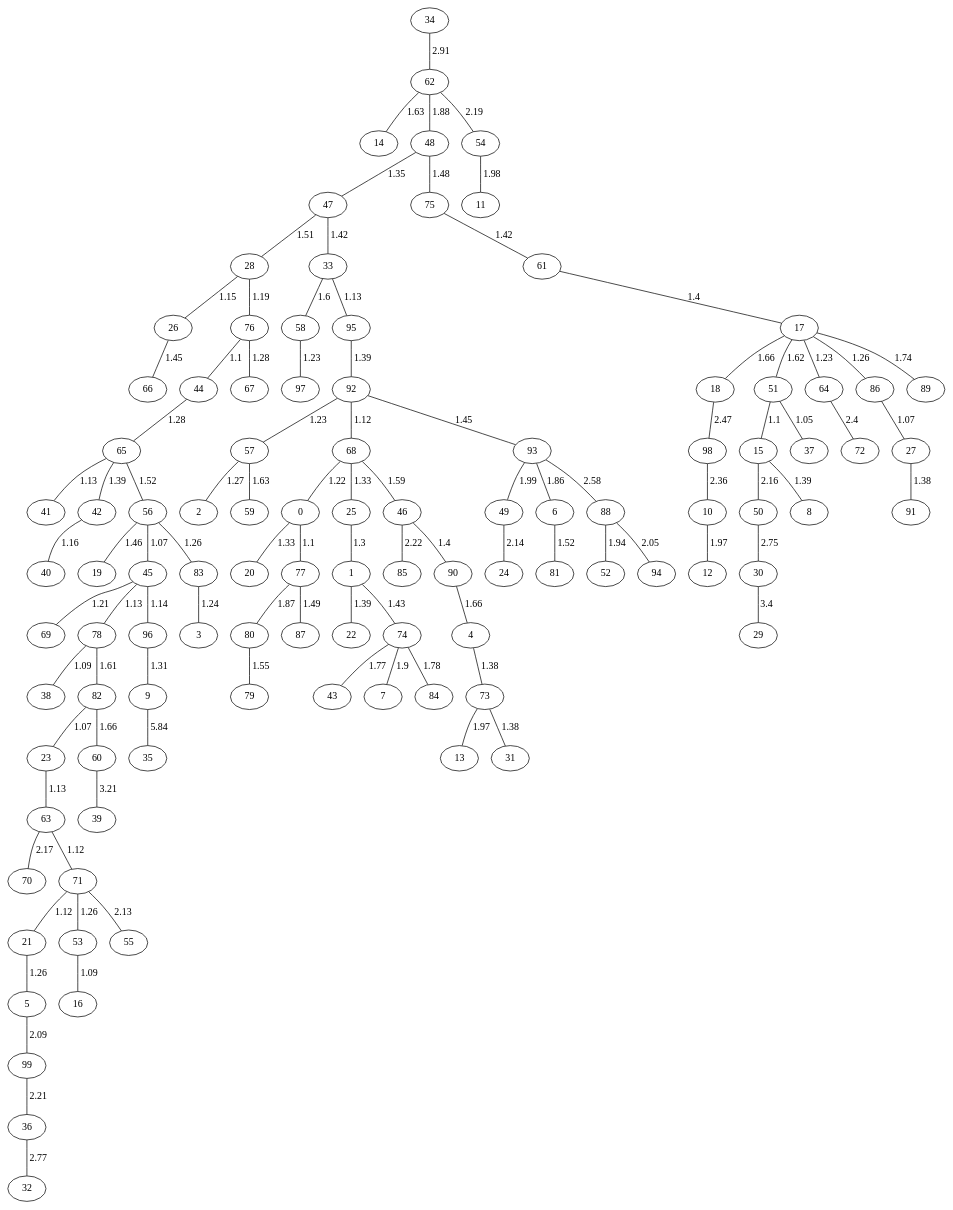
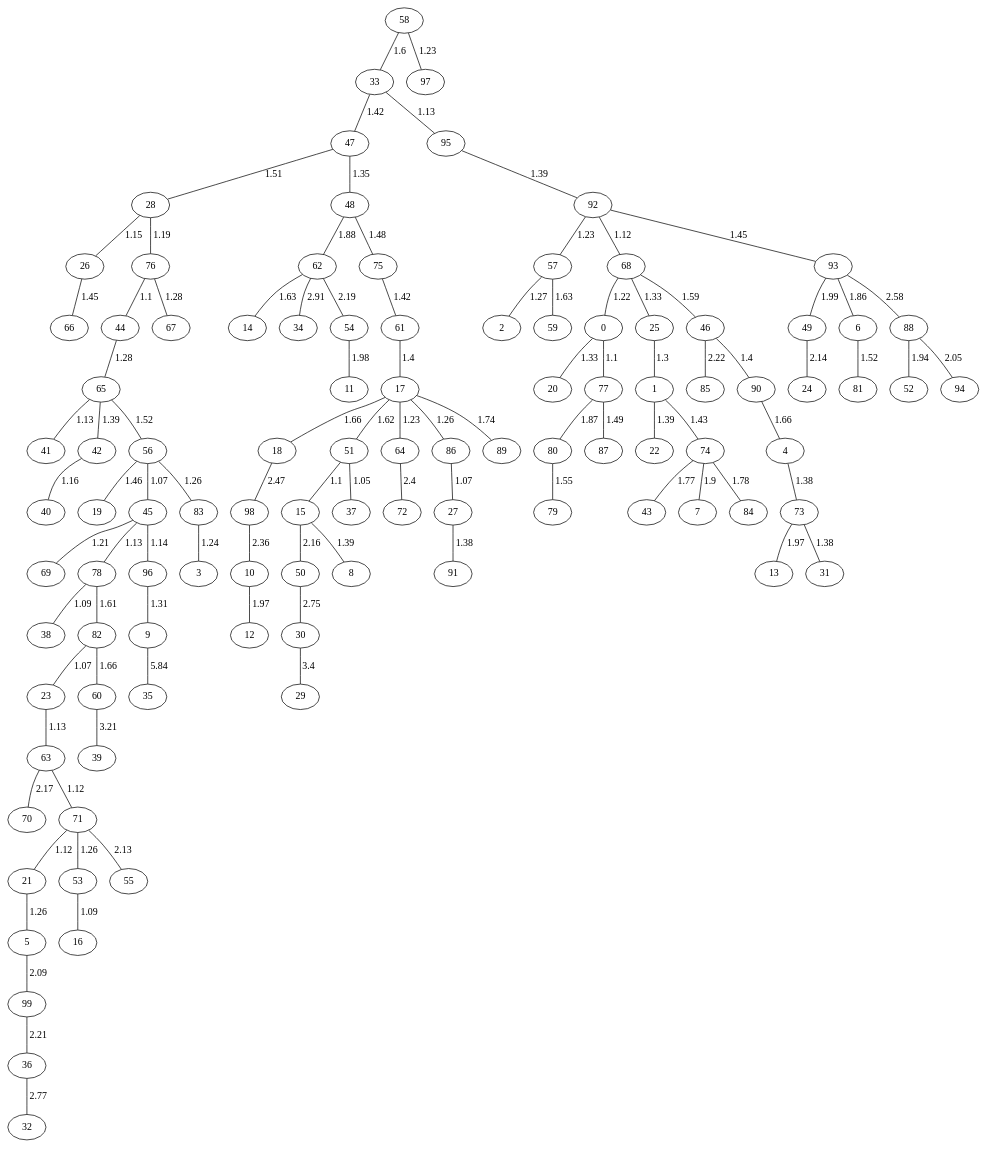
Before and after one commit to amorac4/DAA24: the diagram in Proyecto 4/Grafos MST/grafo_Geográfico_100_no dirigido_prim.gv, drawn with Graphviz. The commit also changed 62 other files, not shown here.

```diff
--- a/Proyecto 4/Grafos MST/grafo_Geográfico_100_no dirigido_prim.gv
+++ b/Proyecto 4/Grafos MST/grafo_Geográfico_100_no dirigido_prim.gv
@@ -99,11 +99,8 @@
   "97";
   "98";
   "99";
-  "34" -- "62" [label="2.91"];
-  "62" -- "14" [label="1.63"];
-  "62" -- "48" [label="1.88"];
-  "48" -- "47" [label="1.35"];
-  "47" -- "33" [label="1.42"];
+  "58" -- "97" [label="1.23"];
+  "58" -- "33" [label="1.6"];
   "33" -- "95" [label="1.13"];
   "95" -- "92" [label="1.39"];
   "92" -- "68" [label="1.12"];
@@ -115,6 +112,8 @@
   "68" -- "25" [label="1.33"];
   "25" -- "1" [label="1.3"];
   "1" -- "22" [label="1.39"];
+  "33" -- "47" [label="1.42"];
+  "47" -- "48" [label="1.35"];
   "1" -- "74" [label="1.43"];
   "92" -- "93" [label="1.45"];
   "48" -- "75" [label="1.48"];
@@ -147,8 +146,6 @@
   "56" -- "19" [label="1.46"];
   "68" -- "46" [label="1.59"];
   "46" -- "90" [label="1.4"];
-  "33" -- "58" [label="1.6"];
-  "58" -- "97" [label="1.23"];
   "78" -- "82" [label="1.61"];
   "82" -- "23" [label="1.07"];
   "23" -- "63" [label="1.13"];
@@ -174,6 +171,8 @@
   "6" -- "81" [label="1.52"];
   "77" -- "80" [label="1.87"];
   "80" -- "79" [label="1.55"];
+  "48" -- "62" [label="1.88"];
+  "62" -- "14" [label="1.63"];
   "74" -- "7" [label="1.9"];
   "73" -- "13" [label="1.97"];
   "93" -- "49" [label="1.99"];
@@ -195,6 +194,7 @@
   "88" -- "94" [label="2.05"];
   "50" -- "30" [label="2.75"];
   "36" -- "32" [label="2.77"];
+  "62" -- "34" [label="2.91"];
   "60" -- "39" [label="3.21"];
   "30" -- "29" [label="3.4"];
   "9" -- "35" [label="5.84"];
```
